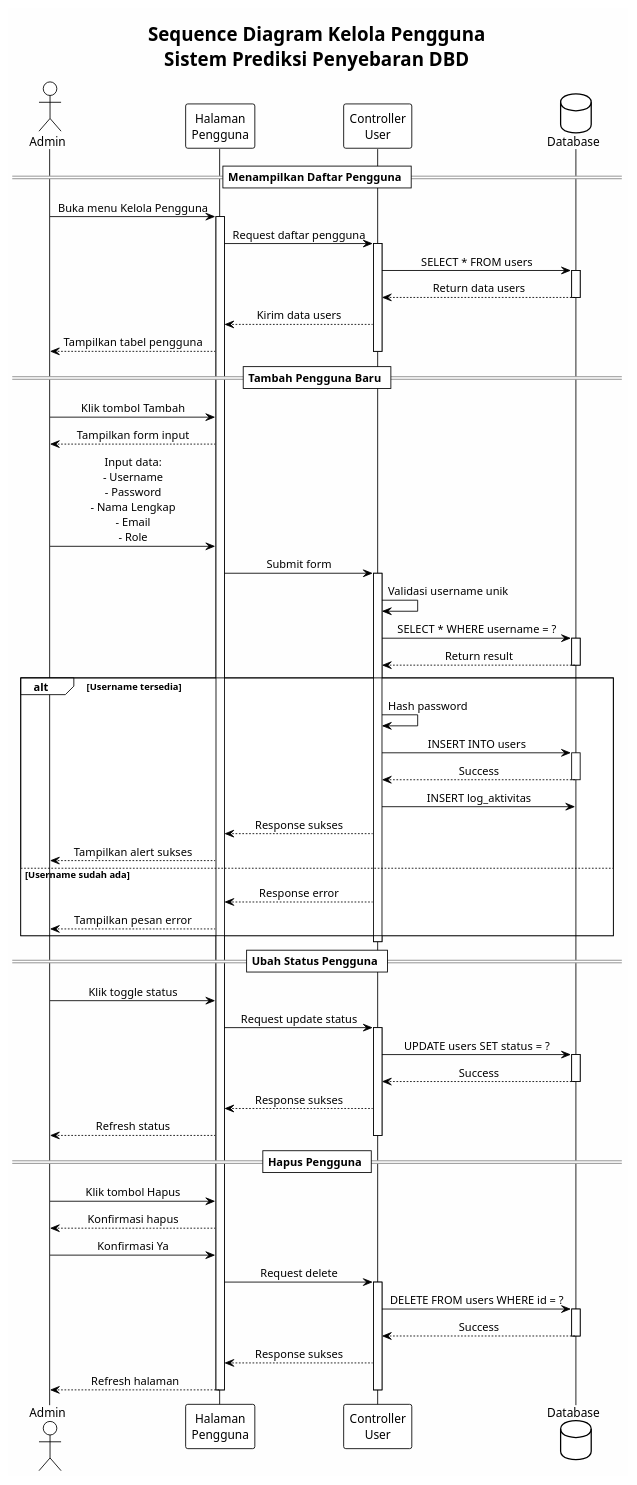
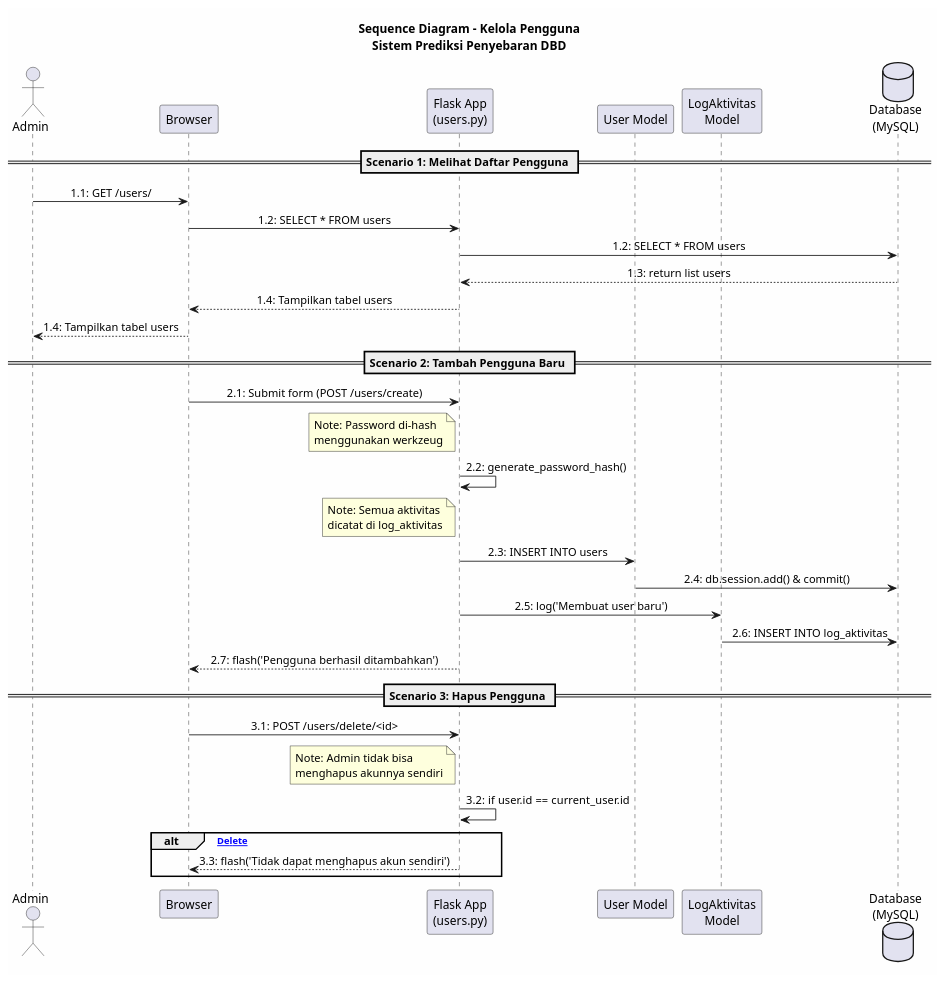
The diagram in Dokumen/UML/sequence_diagram_kelola_pengguna.puml (Suwardi87/prediksi-DBD), drawn with PlantUML before and after one commit. The commit also changed 39 other files, not shown here.

```diff
--- a/Dokumen/UML/sequence_diagram_kelola_pengguna.puml
+++ b/Dokumen/UML/sequence_diagram_kelola_pengguna.puml
@@ -1,100 +1,45 @@
-@startuml sequence_diagram_kelola_pengguna
-!theme plain
+@startuml Sequence Diagram - Kelola Pengguna
 skinparam backgroundColor #FEFEFE
 skinparam sequenceMessageAlign center
 
-title Sequence Diagram Kelola Pengguna\nSistem Prediksi Penyebaran DBD
+title Sequence Diagram - Kelola Pengguna\nSistem Prediksi Penyebaran DBD
 
-actor "Admin" as User
-participant "Halaman\nPengguna" as Page
-participant "Controller\nUser" as Controller
-database "Database" as DB
+actor Admin
+participant Browser
+participant "Flask App\n(users.py)" as flask
+participant "User Model" as user_model
+participant "LogAktivitas\nModel" as log_model
+database "Database\n(MySQL)" as db
 
-== Menampilkan Daftar Pengguna ==
+== Scenario 1: Melihat Daftar Pengguna ==
 
-User -> Page : Buka menu Kelola Pengguna
-activate Page
+Admin -> Browser : 1.1: GET /users/
+Browser -> flask : 1.2: SELECT * FROM users
+flask -> db : 1.2: SELECT * FROM users
+db --> flask : 1.3: return list users
+flask --> Browser : 1.4: Tampilkan tabel users
+Browser --> Admin : 1.4: Tampilkan tabel users
 
-Page -> Controller : Request daftar pengguna
-activate Controller
+== Scenario 2: Tambah Pengguna Baru ==
 
-Controller -> DB : SELECT * FROM users
-activate DB
-DB --> Controller : Return data users
-deactivate DB
+Browser -> flask : 2.1: Submit form (POST /users/create)
+note left of flask : Note: Password di-hash\nmenggunakan werkzeug
+flask -> flask : 2.2: generate_password_hash()
+note left of flask : Note: Semua aktivitas\ndicatat di log_aktivitas
+flask -> user_model : 2.3: INSERT INTO users
+user_model -> db : 2.4: db.session.add() & commit()
+flask -> log_model : 2.5: log('Membuat user baru')
+log_model -> db : 2.6: INSERT INTO log_aktivitas
+flask --> Browser : 2.7: flash('Pengguna berhasil ditambahkan')
 
-Controller --> Page : Kirim data users
-Page --> User : Tampilkan tabel pengguna
+== Scenario 3: Hapus Pengguna ==
 
-deactivate Controller
+Browser -> flask : 3.1: POST /users/delete/<id>
+note left of flask : Note: Admin tidak bisa\nmenghapus akunnya sendiri
+flask -> flask : 3.2: if user.id == current_user.id
 
-== Tambah Pengguna Baru ==
-
-User -> Page : Klik tombol Tambah
-Page --> User : Tampilkan form input
-
-User -> Page : Input data:\n- Username\n- Password\n- Nama Lengkap\n- Email\n- Role
-
-Page -> Controller : Submit form
-activate Controller
-
-Controller -> Controller : Validasi username unik
-Controller -> DB : SELECT * WHERE username = ?
-activate DB
-DB --> Controller : Return result
-deactivate DB
-
-alt Username tersedia
-    Controller -> Controller : Hash password
-    Controller -> DB : INSERT INTO users
-    activate DB
-    DB --> Controller : Success
-    deactivate DB
-    
-    Controller -> DB : INSERT log_aktivitas
-    Controller --> Page : Response sukses
-    Page --> User : Tampilkan alert sukses
-    
-else Username sudah ada
-    Controller --> Page : Response error
-    Page --> User : Tampilkan pesan error
+alt [Self Delete]
+    flask --> Browser : 3.3: flash('Tidak dapat menghapus akun sendiri')
 end
 
-deactivate Controller
-
-== Ubah Status Pengguna ==
-
-User -> Page : Klik toggle status
-Page -> Controller : Request update status
-activate Controller
-
-Controller -> DB : UPDATE users SET status = ?
-activate DB
-DB --> Controller : Success
-deactivate DB
-
-Controller --> Page : Response sukses
-Page --> User : Refresh status
-deactivate Controller
-
-== Hapus Pengguna ==
-
-User -> Page : Klik tombol Hapus
-Page --> User : Konfirmasi hapus
-
-User -> Page : Konfirmasi Ya
-Page -> Controller : Request delete
-activate Controller
-
-Controller -> DB : DELETE FROM users WHERE id = ?
-activate DB
-DB --> Controller : Success
-deactivate DB
-
-Controller --> Page : Response sukses
-Page --> User : Refresh halaman
-deactivate Controller
-
-deactivate Page
-
 @enduml
```
